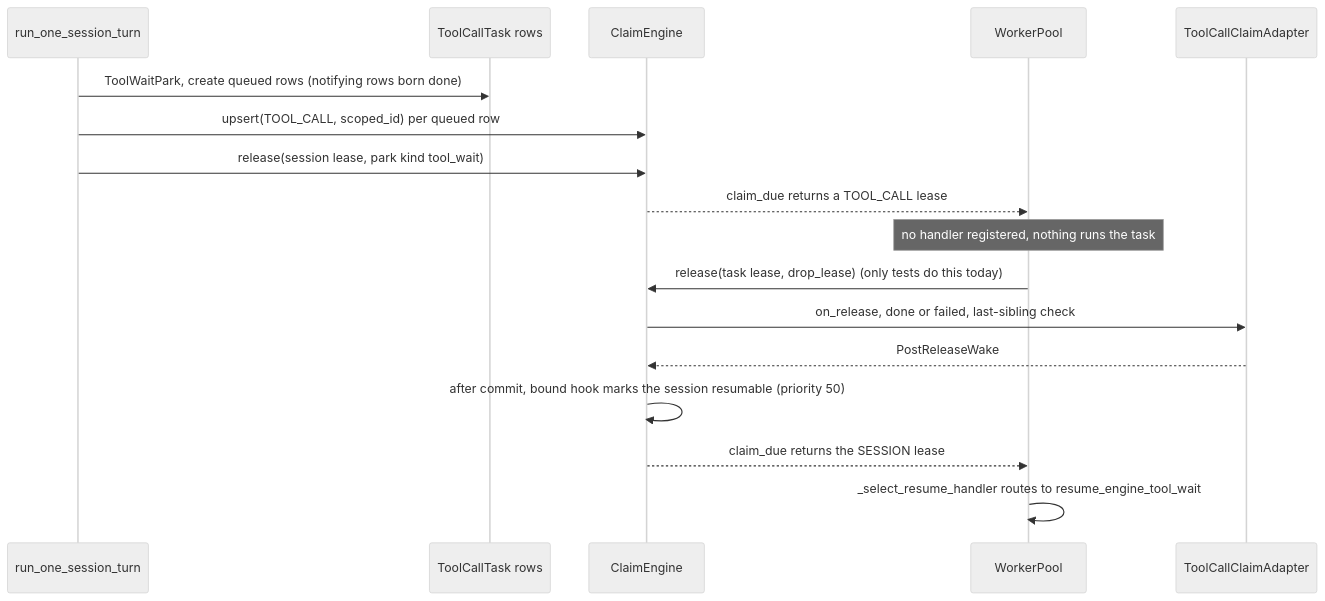
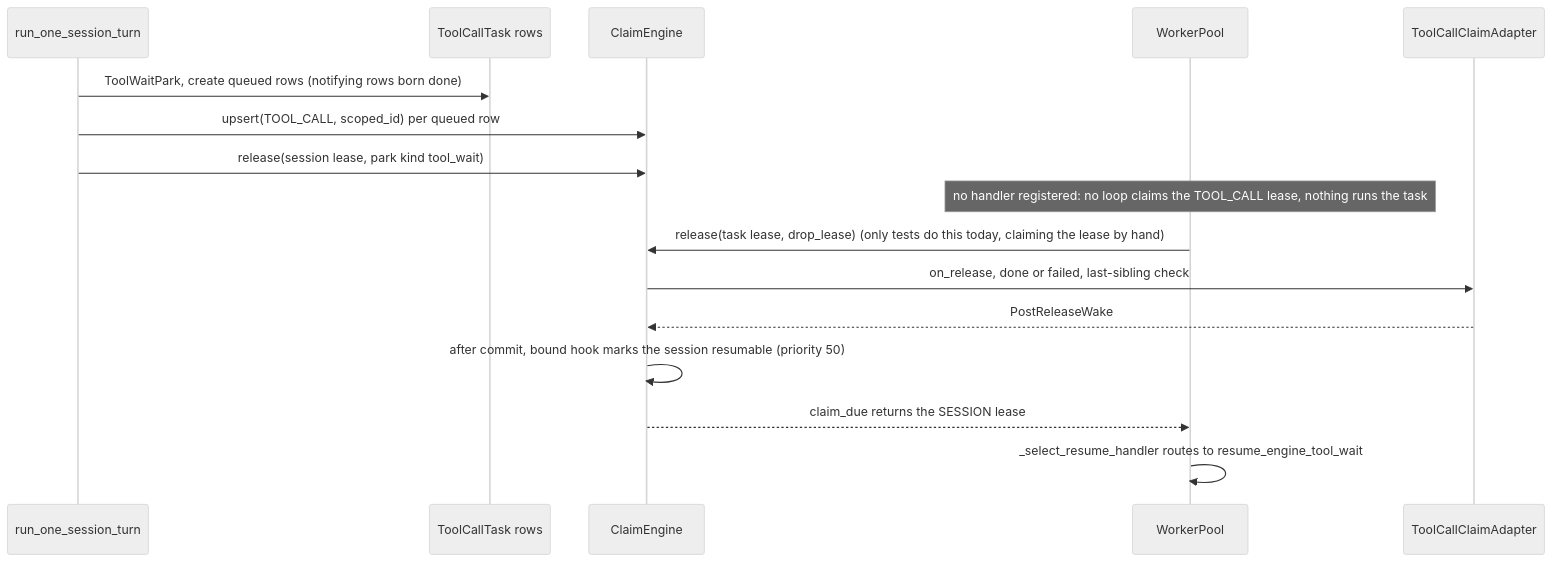
The third of 3 diagrams in docs/dev/architecture/worker-system.md (primerhq/primer), drawn with Mermaid (neutral theme) before and after one commit. The commit also changed other lines of this file and 16 other files, not shown here.

First line of the commit message:
feat(worker): pool and config contracts for the 7a tool-call executor

````diff
--- a/docs/dev/architecture/worker-system.md
+++ b/docs/dev/architecture/worker-system.md
@@ -175,20 +175,19 @@
 ```mermaid
 sequenceDiagram
     participant Turn as run_one_session_turn
     participant Rows as ToolCallTask rows
     participant Engine as ClaimEngine
     participant Pool as WorkerPool
     participant Adapter as ToolCallClaimAdapter
 
     Turn->>Rows: ToolWaitPark, create queued rows (notifying rows born done)
     Turn->>Engine: upsert(TOOL_CALL, scoped_id) per queued row
     Turn->>Engine: release(session lease, park kind tool_wait)
-    Engine-->>Pool: claim_due returns a TOOL_CALL lease
-    Note over Pool: no handler registered, nothing runs the task
-    Pool->>Engine: release(task lease, drop_lease) (only tests do this today)
+    Note over Pool: no handler registered: no loop claims the TOOL_CALL lease, nothing runs the task
+    Pool->>Engine: release(task lease, drop_lease) (only tests do this today, claiming the lease by hand)
     Engine->>Adapter: on_release, done or failed, last-sibling check
     Adapter-->>Engine: PostReleaseWake
     Engine->>Engine: after commit, bound hook marks the session resumable (priority 50)
     Engine-->>Pool: claim_due returns the SESSION lease
     Pool->>Pool: _select_resume_handler routes to resume_engine_tool_wait
 ```
````
